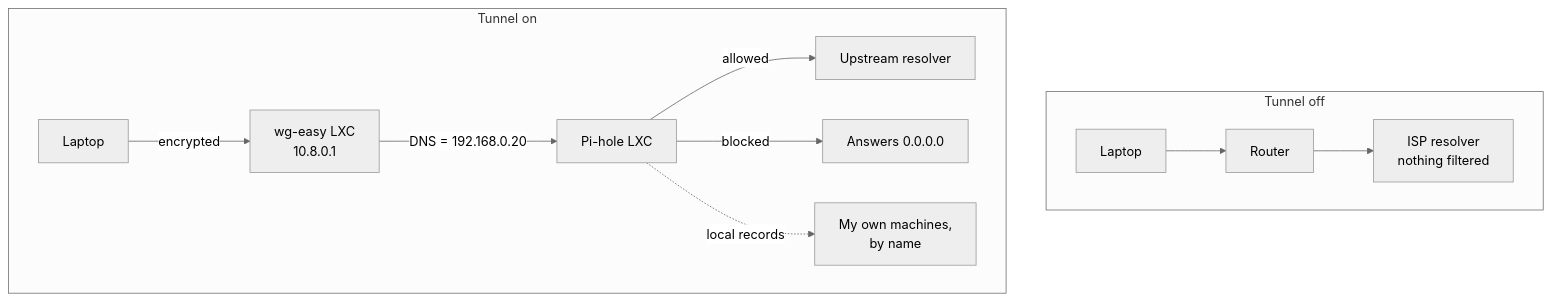
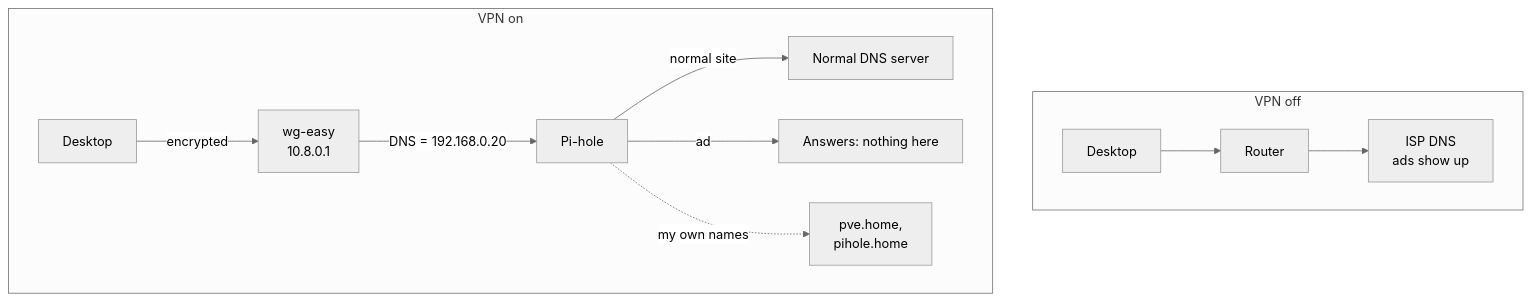
One commit to shibbirweb/shibbirweb.github.io changed the fourth of 4 diagrams in content/articles/03-using-pi-hole-without-pinning-my-whole-network-to-one-dns-server.md. Above: the diagram before and after it, drawn with Mermaid (neutral theme). The commit also changed other lines of this file, not shown here.

First line of the commit message:
docs(articles): simplify the Pi-hole article and fix invented details

````diff
--- a/content/articles/03-using-pi-hole-without-pinning-my-whole-network-to-one-dns-server.md
+++ b/content/articles/03-using-pi-hole-without-pinning-my-whole-network-to-one-dns-server.md
@@ -182,14 +204,14 @@
 ```mermaid
 flowchart TB
-    subgraph tunnelOff["Tunnel off"]
-        DeviceOff["Laptop"] --> RouterOff["Router"]
-        RouterOff --> IspDns["ISP resolver<br/>nothing filtered"]
+    subgraph vpnOff["VPN off"]
+        DeviceOff["Desktop"] --> RouterOff["Router"]
+        RouterOff --> IspDns["ISP DNS<br/>ads show up"]
     end
-    subgraph tunnelOn["Tunnel on"]
-        DeviceOn["Laptop"] -->|"encrypted"| Wg["wg-easy LXC<br/>10.8.0.1"]
-        Wg -->|"DNS = 192.168.0.20"| PiholeOn["Pi-hole LXC"]
-        PiholeOn -->|"allowed"| UpstreamOn["Upstream resolver"]
-        PiholeOn -->|"blocked"| Nothing["Answers 0.0.0.0"]
-        PiholeOn -.->|"local records"| LocalHosts["My own machines,<br/>by name"]
+    subgraph vpnOn["VPN on"]
+        DeviceOn["Desktop"] -->|"encrypted"| Wg["wg-easy<br/>10.8.0.1"]
+        Wg -->|"DNS = 192.168.0.20"| PiholeOn["Pi-hole"]
+        PiholeOn -->|"normal site"| UpstreamOn["Normal DNS server"]
+        PiholeOn -->|"ad"| Nothing["Answers: nothing here"]
+        PiholeOn -.->|"my own names"| LocalHosts["pve.home,<br/>pihole.home"]
     end
 ```
````
